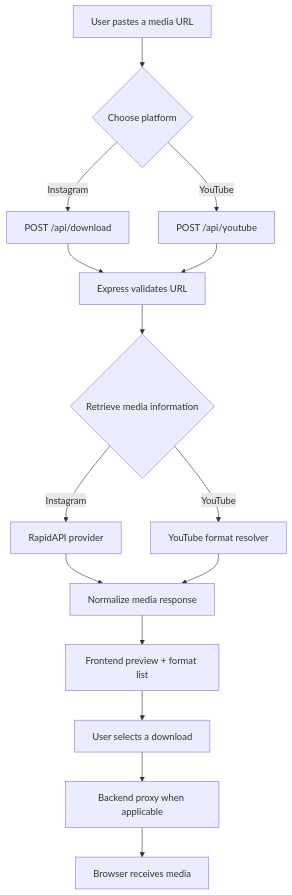
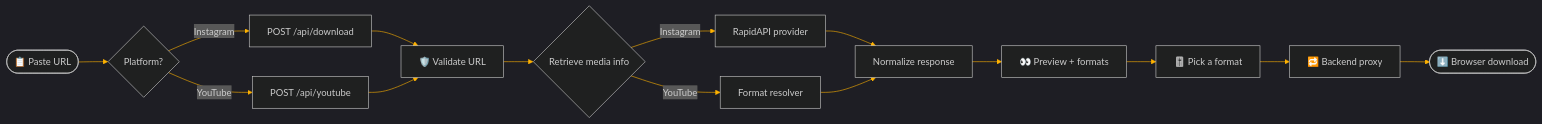
One commit to arman080325/GrabMedia-Project changed the diagram in README.md. Above: the diagram before and after it, drawn with Mermaid. The commit also changed other lines of this file and 2 other files, not shown here.

````diff
--- a/README.md
+++ b/README.md
@@ -127,17 +105,18 @@
 ```mermaid
-flowchart TD
-    A["User pastes a media URL"] --> B{"Choose platform"}
-    B -->|"Instagram"| C["POST /api/download"]
-    B -->|"YouTube"| D["POST /api/youtube"]
-    C --> E["Express validates URL"]
+%%{init: {'theme':'dark','themeVariables':{'primaryColor':'#1a1a22','primaryTextColor':'#fff','primaryBorderColor':'#ff3d00','lineColor':'#ffb300','fontFamily':'monospace'}}}%%
+flowchart LR
+    A(["📋 Paste URL"]) --> B{"Platform?"}
+    B -->|Instagram| C["POST /api/download"]
+    B -->|YouTube| D["POST /api/youtube"]
+    C --> E["🛡️ Validate URL"]
     D --> E
-    E --> F{"Retrieve media information"}
-    F -->|"Instagram"| G["RapidAPI provider"]
-    F -->|"YouTube"| H["YouTube format resolver"]
-    G --> I["Normalize media response"]
+    E --> F{"Retrieve media info"}
+    F -->|Instagram| G["RapidAPI provider"]
+    F -->|YouTube| H["Format resolver"]
+    G --> I["Normalize response"]
     H --> I
-    I --> J["Frontend preview + format list"]
-    J --> K["User selects a download"]
-    K --> L["Backend proxy when applicable"]
-    L --> M["Browser receives media"]
+    I --> J["👀 Preview + formats"]
+    J --> K["🎚️ Pick a format"]
+    K --> L["🔁 Backend proxy"]
+    L --> M(["⬇️ Browser download"])
 ```
````
